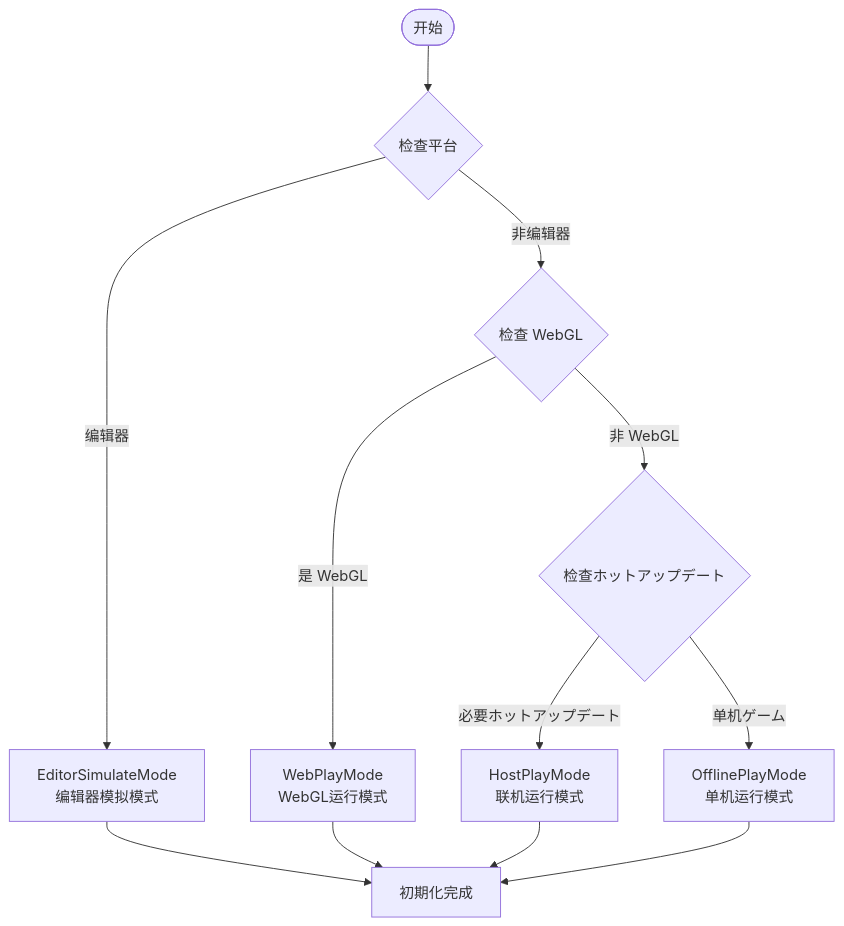
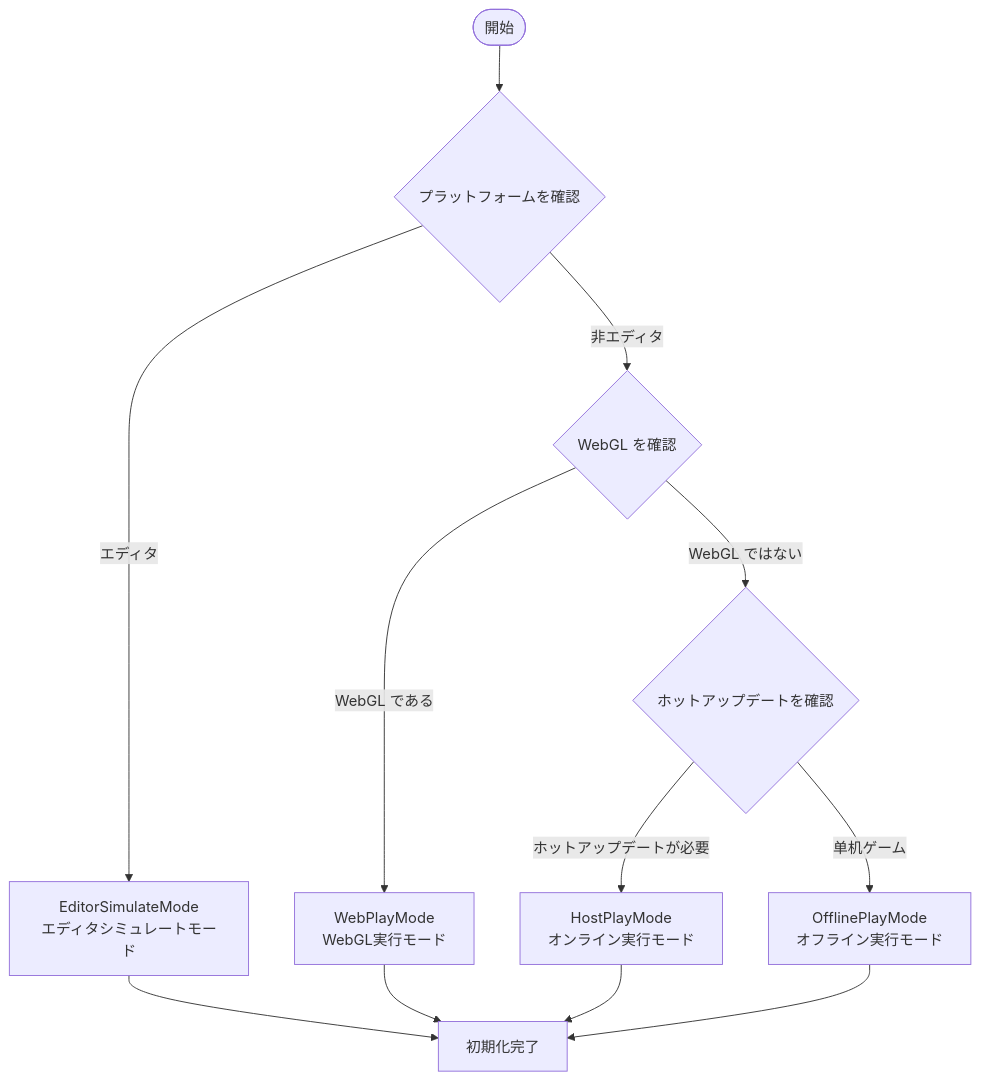
One commit to AlianBlank/GameFrameX.Docs changed the fourth of 4 diagrams in docs/ja/client/unity/component/asset/01.overview.md. Above: the diagram before and after it, drawn with Mermaid. The commit also changed other lines of this file and 320 other files, not shown here.

````diff
--- a/docs/ja/client/unity/component/asset/01.overview.md
+++ b/docs/ja/client/unity/component/asset/01.overview.md
@@ -191,18 +191,18 @@
 ```mermaid
 flowchart TD
-    Start([开始]) --> CheckPlatform{检查平台}
+    Start([開始]) --> CheckPlatform{プラットフォームを確認}
 
-    CheckPlatform -->|编辑器| EditorMode[EditorSimulateMode<br/>编辑器模拟模式]
-    CheckPlatform -->|非编辑器| CheckWebGL{检查 WebGL}
+    CheckPlatform -->|エディタ| EditorMode[EditorSimulateMode<br/>エディタシミュレートモード]
+    CheckPlatform -->|非エディタ| CheckWebGL{WebGL を確認}
 
-    CheckWebGL -->|是 WebGL| WebGLMode[WebPlayMode<br/>WebGL运行模式]
-    CheckWebGL -->|非 WebGL| CheckUpdate{检查ホットアップデート}
+    CheckWebGL -->|WebGL である| WebGLMode[WebPlayMode<br/>WebGL実行モード]
+    CheckWebGL -->|WebGL ではない| CheckUpdate{ホットアップデートを確認}
 
-    CheckUpdate -->|必要ホットアップデート| HostMode[HostPlayMode<br/>联机运行模式]
-    CheckUpdate -->|单机ゲーム| OfflineMode[OfflinePlayMode<br/>单机运行模式]
+    CheckUpdate -->|ホットアップデートが必要| HostMode[HostPlayMode<br/>オンライン実行モード]
+    CheckUpdate -->|单机ゲーム| OfflineMode[OfflinePlayMode<br/>オフライン実行モード]
 
-    EditorMode --> Ready[初期化完成]
+    EditorMode --> Ready[初期化完了]
     WebGLMode --> Ready
     HostMode --> Ready
     OfflineMode --> Ready
 ```
````
